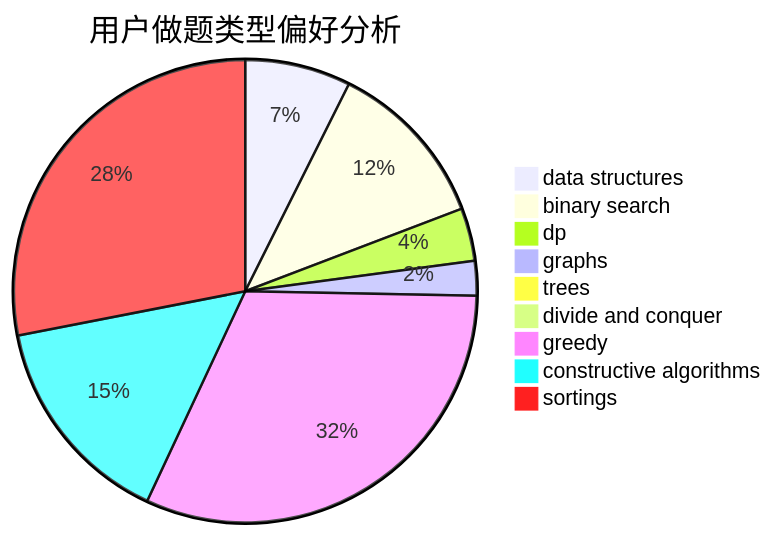
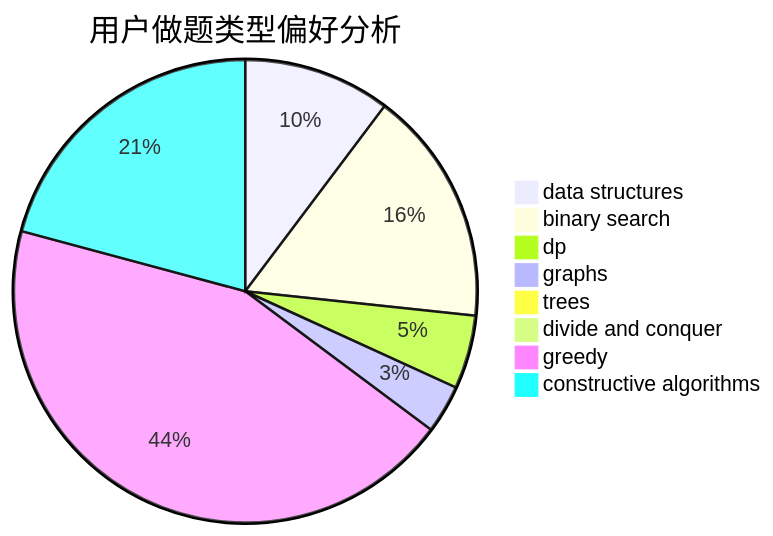
The second of 3 diagrams in docs/user/u353.md (sherpahu/cfrs.github.io), drawn with Mermaid before and after one commit. The commit also changed other lines of this file and 2769 other files, not shown here.

````diff
--- a/docs/user/u353.md
+++ b/docs/user/u353.md
@@ -18,12 +18,11 @@
 ```mermaid
 pie title 用户做题类型偏好分析
     "data structures" :  70
     "binary search" :  112
     "dp" :  35
     "graphs" :  23
     "trees" :  2
     "divide and conquer" :  0
     "greedy" :  300
     "constructive algorithms" :  142
-    "sortings" :  266
 ```
````
